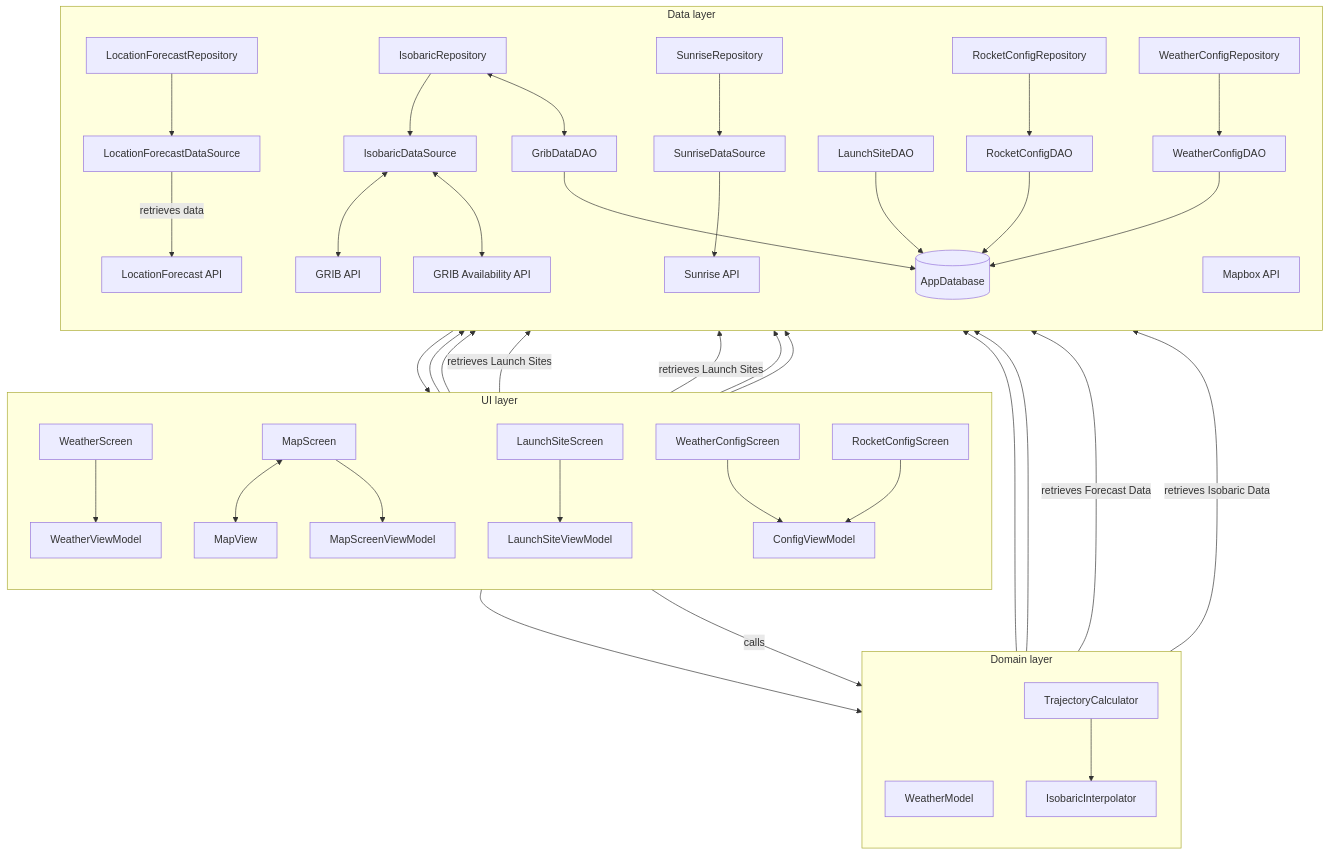
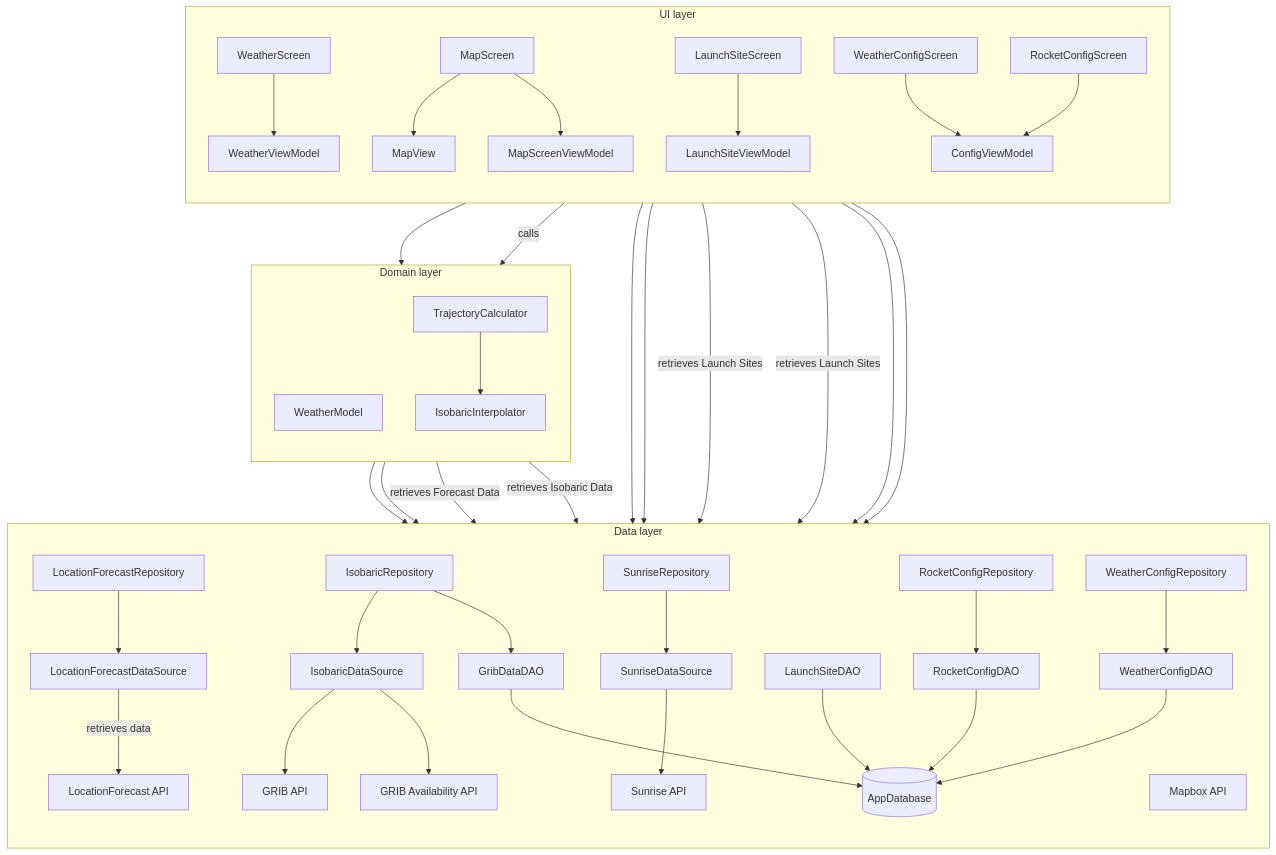
Before and after one commit to insaafmah/SOAR: the diagram in ARCHITECTURE.md, drawn with Mermaid.

````diff
--- a/ARCHITECTURE.md
+++ b/ARCHITECTURE.md
@@ -58,72 +58,72 @@
 ```mermaid
 %%{init: {'flowchart': {'rankSpacing': 70}}}%%
 flowchart TB
 
     %% -- UI-layer --
     subgraph UI layer
         direction TB
         WeatherScreen[WeatherScreen] --> WeatherVM[WeatherViewModel]
-        MapScreen[MapScreen] <--> MapView[MapView]
+        MapScreen[MapScreen] --> MapView[MapView]
         MapScreen[MapScreen] --> MapScreenVM[MapScreenViewModel]
         LaunchSiteScreen[LaunchSiteScreen] --> LaunchSiteVM[LaunchSiteViewModel]
         WeatherConfigScreen[WeatherConfigScreen] --> ConfigVM[ConfigViewModel]
         RocketConfigScreen[RocketConfigScreen] --> ConfigVM[ConfigViewModel]
         
     end
 
     %% -- Domain-layer --
     subgraph Domain layer
         direction TB
         WeatherModel[WeatherModel]
         MapScreenVM[MapScreenViewModel] --> TrajectoryCalculator[TrajectoryCalculator]
         TrajectoryCalculator[TrajectoryCalculator] --> IsobaricInterpolator[IsobaricInterpolator]
     end
 
     %% -- Data-layer --
     subgraph Data layer
         direction TB
         LocationForecastRepo[LocationForecastRepository] --> LocationForecastDS[LocationForecastDataSource]
         IsobaricRepo[IsobaricRepository] --> IsobaricDS[IsobaricDataSource]
-        IsobaricRepo[IsobaricRepository] <--> GribDataDAO[GribDataDAO]
-        IsobaricDS[IsobaricDataSource] <--> GRIB[GRIB API]
-        IsobaricDS[IsobaricDataSource] <--> GRIBAA[GRIB Availability API]
+        IsobaricRepo[IsobaricRepository] --> GribDataDAO[GribDataDAO]
+        IsobaricDS[IsobaricDataSource] --> GRIB[GRIB API]
+        IsobaricDS[IsobaricDataSource] --> GRIBAA[GRIB Availability API]
 
         IsobaricInterpolator[IsobaricInterpolator] --> LocationForecastRepo[LocationForecastRepository] 
         IsobaricInterpolator[IsobaricInterpolator] --> IsobaricRepo[IsobaricRepository]
 
         WeatherVM[WeatherViewModel] --> SunriseRepository[SunriseRepository]
         SunriseRepository[SunriseRepository] --> SunriseDataSource[SunriseDataSource]
         SunriseDataSource[SunriseDataSource] --> SunriseAPI[Sunrise API]
 
 
         MapView[MapView] --> MapboxAPI[Mapbox API]
 
-        LaunchSiteDAO[LaunchSiteDAO] --> MapScreenVM[MapScreenViewModel]
+        
         LaunchSiteDAO[LaunchSiteDAO] --> AppDatabase[AppDatabase]
 
         RocketConfigRepo[RocketConfigRepository]
         RocketConfigRepo[RocketConfigRepository] --> RocketConfigDAO[RocketConfigDAO]
         WeatherConfigRepo[WeatherConfigRepository]
         WeatherConfigRepo[WeatherConfigRepository] --> WeatherConfigDAO[WeatherConfigDAO]
         RocketConfigDAO[RocketConfigDAO] --> AppDatabase[AppDatabase]
         WeatherConfigDAO[WeatherConfigDAO] --> AppDatabase[(AppDatabase)]
         GribDataDAO[GribDataDAO] --> AppDatabase[(AppDatabase)]
 
 
 
         LocationForecastDS -->|"retrieves data"| ForecastDataCloud[LocationForecast API]
 
     end
 
     %% -- Links for locally saved Launch Sites --
     MapScreenVM -- "retrieves Launch Sites" --> LaunchSiteDAO
     LaunchSiteVM -- "retrieves Launch Sites" --> LaunchSiteDAO
     
 
     %% -- Links for weather via Domain-layer --
     WeatherVM -- "calls" --> WeatherModel
     WeatherModel -- "retrieves Forecast Data" --> LocationForecastRepo
     WeatherModel -- "retrieves Isobaric Data" --> IsobaricRepo
     ConfigVM --> RocketConfigRepo
     ConfigVM --> WeatherConfigRepo
 ```
````
